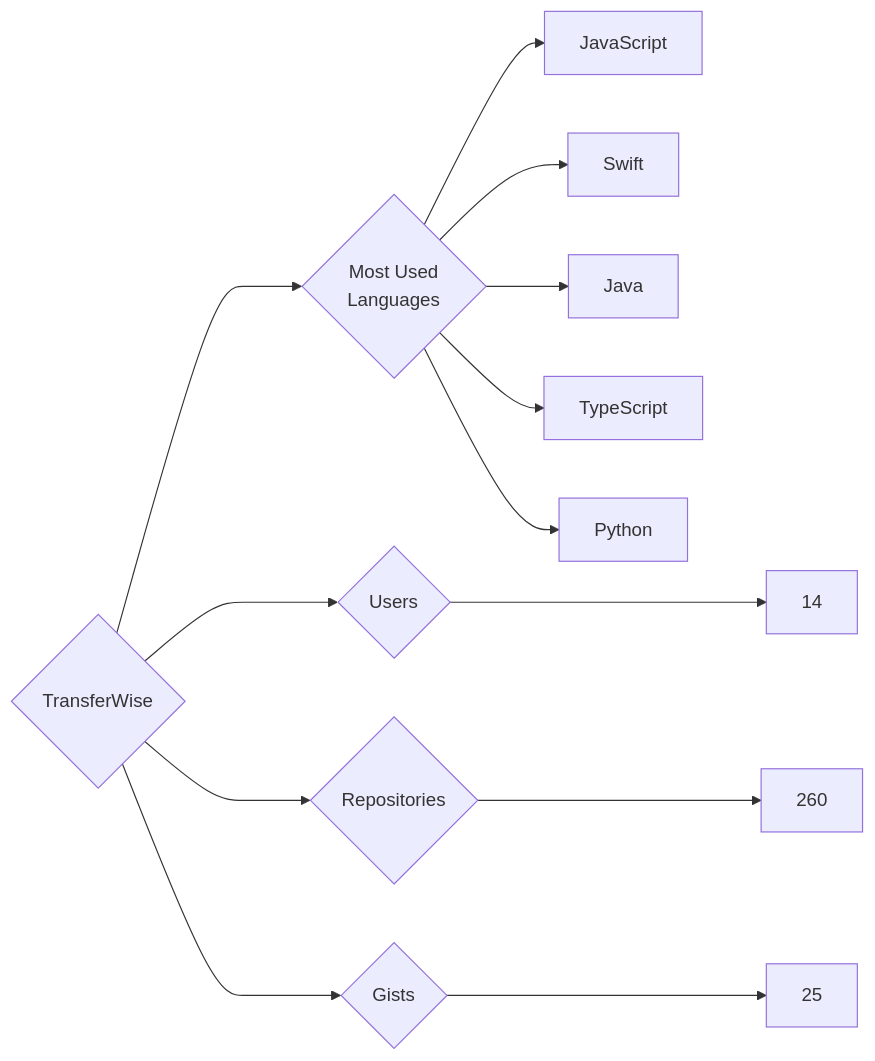
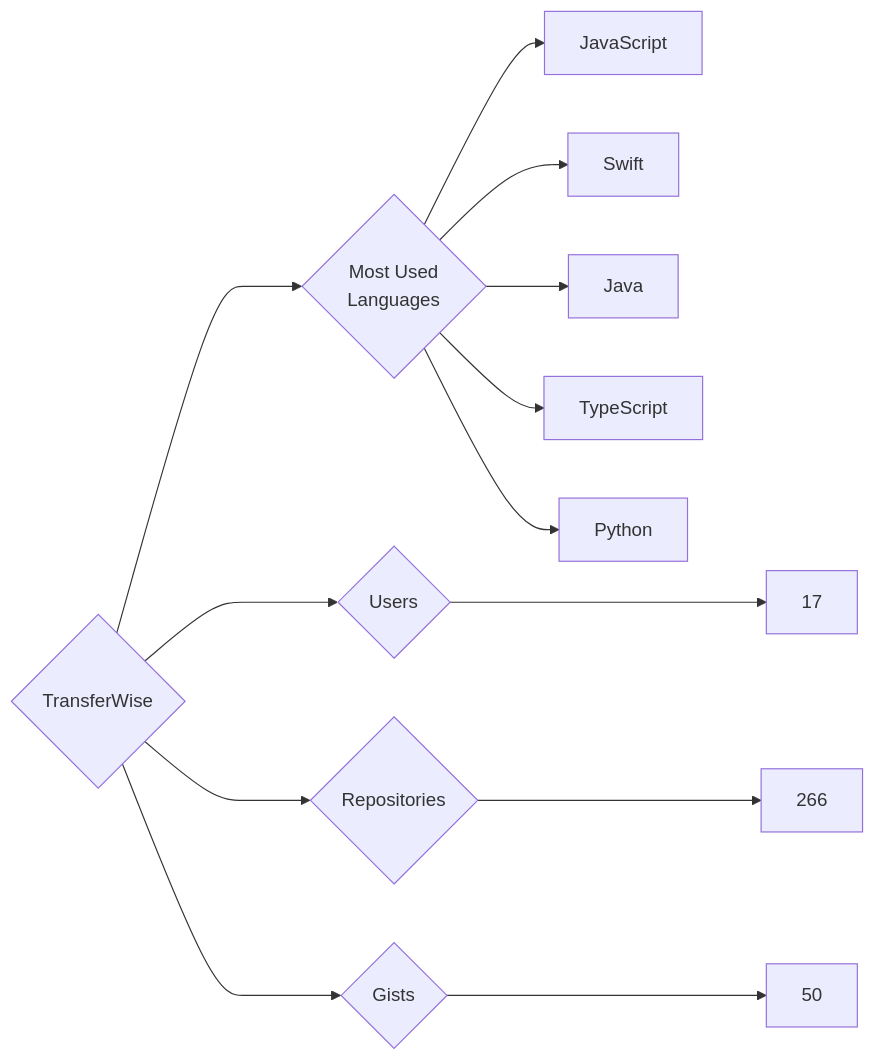
Before and after one commit to trickest/insiders: the diagram in targets/TransferWise/README.md, drawn with Mermaid. The commit also changed 969 other files, not shown here.

````diff
--- a/targets/TransferWise/README.md
+++ b/targets/TransferWise/README.md
@@ -3,13 +3,13 @@
 ```mermaid
 graph LR
 COMPANY_NAME{TransferWise}
-COMPANY_NAME ---> U{Users} ---> UN[14]
-COMPANY_NAME ---> R{Repositories} ---> RN[260]
-COMPANY_NAME ---> G{Gists} ---> GN[25]
+COMPANY_NAME ---> U{Users} ---> UN[17]
+COMPANY_NAME ---> R{Repositories} ---> RN[266]
+COMPANY_NAME ---> G{Gists} ---> GN[50]
 COMPANY_NAME ---> ML{Most Used<br>Languages}
 ML --> JavaScript[JavaScript]
 ML --> Swift[Swift]
 ML --> Java[Java]
 ML --> TypeScript[TypeScript]
 ML --> Python[Python]
 ```
````
